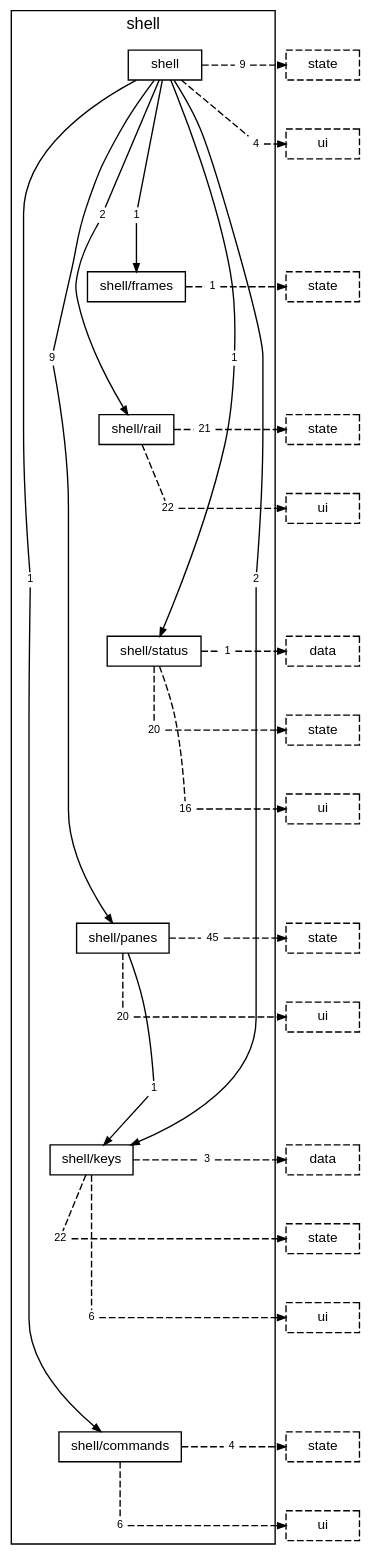
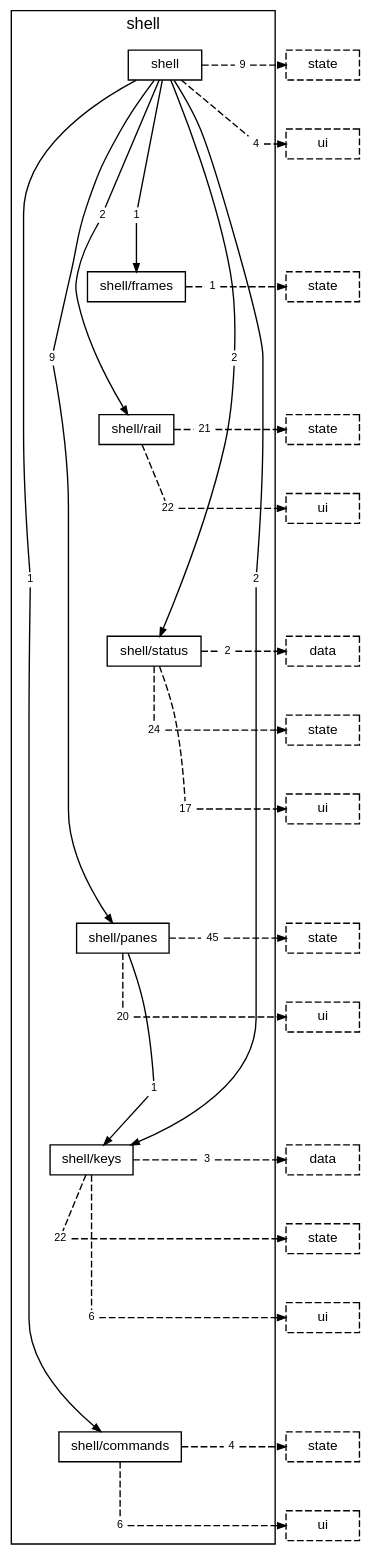
One commit to TheAxeC/oculus changed the diagram in docs/diagrams/layer-shell.dot. Above: the diagram before and after it, drawn with Graphviz. The commit also changed 202 other files, not shown here.

```diff
--- a/docs/diagrams/layer-shell.dot
+++ b/docs/diagrams/layer-shell.dot
@@ -1,117 +1,117 @@
 digraph layer_shell {
     graph [bgcolor="transparent", rankdir=TB, newrank=true, mclimit=4, fontname="Helvetica,Arial,sans-serif", fontsize=12, nodesep=0.2, ranksep=0.5];
     node [shape=box, color="black", fontcolor="black", fontname="Helvetica,Arial,sans-serif", fontsize=10, height=0.3, margin="0.12,0.04"];
     edge [color="black", fontcolor="black", fontname="Helvetica,Arial,sans-serif", fontsize=8, arrowsize=0.6];
     subgraph "cluster_shell" {
         label="shell"; style=solid;
         "folder shell" [label="shell"];
         "folder shell/frames" [label="shell/frames"];
         "folder shell/rail" [label="shell/rail"];
         "folder shell/status" [label="shell/status"];
         "folder shell/panes" [label="shell/panes"];
         "folder shell/keys" [label="shell/keys"];
         "folder shell/commands" [label="shell/commands"];
         "folder shell to folder shell/commands" [label="1", shape=box, color="transparent", fontsize=8, width=0, height=0, margin="0.04,0.02"];
         "folder shell to folder shell/frames" [label="1", shape=box, color="transparent", fontsize=8, width=0, height=0, margin="0.04,0.02"];
         "folder shell to folder shell/keys" [label="2", shape=box, color="transparent", fontsize=8, width=0, height=0, margin="0.04,0.02"];
         "folder shell to folder shell/panes" [label="9", shape=box, color="transparent", fontsize=8, width=0, height=0, margin="0.04,0.02"];
         "folder shell to folder shell/rail" [label="2", shape=box, color="transparent", fontsize=8, width=0, height=0, margin="0.04,0.02"];
-        "folder shell to folder shell/status" [label="1", shape=box, color="transparent", fontsize=8, width=0, height=0, margin="0.04,0.02"];
+        "folder shell to folder shell/status" [label="2", shape=box, color="transparent", fontsize=8, width=0, height=0, margin="0.04,0.02"];
         "folder shell to layer state" [label="9", shape=box, color="transparent", fontsize=8, width=0, height=0, margin="0.04,0.02"];
         "folder shell to layer ui" [label="4", shape=box, color="transparent", fontsize=8, width=0, height=0, margin="0.04,0.02"];
         "folder shell/frames to layer state" [label="1", shape=box, color="transparent", fontsize=8, width=0, height=0, margin="0.04,0.02"];
         "folder shell/rail to layer state" [label="21", shape=box, color="transparent", fontsize=8, width=0, height=0, margin="0.04,0.02"];
         "folder shell/rail to layer ui" [label="22", shape=box, color="transparent", fontsize=8, width=0, height=0, margin="0.04,0.02"];
-        "folder shell/status to layer data" [label="1", shape=box, color="transparent", fontsize=8, width=0, height=0, margin="0.04,0.02"];
-        "folder shell/status to layer state" [label="20", shape=box, color="transparent", fontsize=8, width=0, height=0, margin="0.04,0.02"];
-        "folder shell/status to layer ui" [label="16", shape=box, color="transparent", fontsize=8, width=0, height=0, margin="0.04,0.02"];
+        "folder shell/status to layer data" [label="2", shape=box, color="transparent", fontsize=8, width=0, height=0, margin="0.04,0.02"];
+        "folder shell/status to layer state" [label="24", shape=box, color="transparent", fontsize=8, width=0, height=0, margin="0.04,0.02"];
+        "folder shell/status to layer ui" [label="17", shape=box, color="transparent", fontsize=8, width=0, height=0, margin="0.04,0.02"];
         "folder shell/panes to folder shell/keys" [label="1", shape=box, color="transparent", fontsize=8, width=0, height=0, margin="0.04,0.02"];
         "folder shell/panes to layer state" [label="45", shape=box, color="transparent", fontsize=8, width=0, height=0, margin="0.04,0.02"];
         "folder shell/panes to layer ui" [label="20", shape=box, color="transparent", fontsize=8, width=0, height=0, margin="0.04,0.02"];
         "folder shell/keys to layer data" [label="3", shape=box, color="transparent", fontsize=8, width=0, height=0, margin="0.04,0.02"];
         "folder shell/keys to layer state" [label="22", shape=box, color="transparent", fontsize=8, width=0, height=0, margin="0.04,0.02"];
         "folder shell/keys to layer ui" [label="6", shape=box, color="transparent", fontsize=8, width=0, height=0, margin="0.04,0.02"];
         "folder shell/commands to layer state" [label="4", shape=box, color="transparent", fontsize=8, width=0, height=0, margin="0.04,0.02"];
         "folder shell/commands to layer ui" [label="6", shape=box, color="transparent", fontsize=8, width=0, height=0, margin="0.04,0.02"];
     }
     "layer state from folder shell" [label="state", style=dashed];
     "layer ui from folder shell" [label="ui", style=dashed];
     "layer state from folder shell/frames" [label="state", style=dashed];
     "layer state from folder shell/rail" [label="state", style=dashed];
     "layer ui from folder shell/rail" [label="ui", style=dashed];
     "layer data from folder shell/status" [label="data", style=dashed];
     "layer state from folder shell/status" [label="state", style=dashed];
     "layer ui from folder shell/status" [label="ui", style=dashed];
     "layer state from folder shell/panes" [label="state", style=dashed];
     "layer ui from folder shell/panes" [label="ui", style=dashed];
     "layer data from folder shell/keys" [label="data", style=dashed];
     "layer state from folder shell/keys" [label="state", style=dashed];
     "layer ui from folder shell/keys" [label="ui", style=dashed];
     "layer state from folder shell/commands" [label="state", style=dashed];
     "layer ui from folder shell/commands" [label="ui", style=dashed];
     "folder shell" -> "folder shell/frames" [style=invis, weight=10, minlen=3];
     "folder shell/frames" -> "folder shell/rail" [style=invis, weight=10, minlen=2];
     "folder shell/rail" -> "folder shell/status" [style=invis, weight=10, minlen=3];
     "folder shell/status" -> "folder shell/panes" [style=invis, weight=10, minlen=4];
     "folder shell/panes" -> "folder shell/keys" [style=invis, weight=10, minlen=3];
     "folder shell/keys" -> "folder shell/commands" [style=invis, weight=10, minlen=4];
     "folder shell" -> "folder shell to folder shell/commands" [arrowhead=none, minlen=7, weight=10];
     "folder shell to folder shell/commands" -> "folder shell/commands" [];
     "folder shell" -> "folder shell to folder shell/frames" [arrowhead=none, minlen=2, weight=10];
     "folder shell to folder shell/frames" -> "folder shell/frames" [];
     "folder shell" -> "folder shell to folder shell/keys" [arrowhead=none, minlen=7, weight=10];
     "folder shell to folder shell/keys" -> "folder shell/keys" [];
     "folder shell" -> "folder shell to folder shell/panes" [arrowhead=none, minlen=4, weight=10];
     "folder shell to folder shell/panes" -> "folder shell/panes" [];
     "folder shell" -> "folder shell to folder shell/rail" [arrowhead=none, minlen=2, weight=10];
     "folder shell to folder shell/rail" -> "folder shell/rail" [];
     "folder shell" -> "folder shell to folder shell/status" [arrowhead=none, minlen=4, weight=10];
     "folder shell to folder shell/status" -> "folder shell/status" [];
     "folder shell" -> "folder shell to layer state" [arrowhead=none, style=dashed];
     "folder shell to layer state" -> "layer state from folder shell" [style=dashed];
     { rank=same; "folder shell"; "folder shell to layer state"; "layer state from folder shell"; }
     "folder shell" -> "folder shell to layer ui" [arrowhead=none, style=dashed, minlen=1, weight=10];
     "folder shell to layer ui" -> "layer ui from folder shell" [style=dashed];
     { rank=same; "folder shell to layer ui"; "layer ui from folder shell"; }
     "folder shell/frames" -> "folder shell/frames to layer state" [arrowhead=none, style=dashed];
     "folder shell/frames to layer state" -> "layer state from folder shell/frames" [style=dashed];
     { rank=same; "folder shell/frames"; "folder shell/frames to layer state"; "layer state from folder shell/frames"; }
     "folder shell/rail" -> "folder shell/rail to layer state" [arrowhead=none, style=dashed];
     "folder shell/rail to layer state" -> "layer state from folder shell/rail" [style=dashed];
     { rank=same; "folder shell/rail"; "folder shell/rail to layer state"; "layer state from folder shell/rail"; }
     "folder shell/rail" -> "folder shell/rail to layer ui" [arrowhead=none, style=dashed, minlen=1, weight=10];
     "folder shell/rail to layer ui" -> "layer ui from folder shell/rail" [style=dashed];
     { rank=same; "folder shell/rail to layer ui"; "layer ui from folder shell/rail"; }
     "folder shell/status" -> "folder shell/status to layer data" [arrowhead=none, style=dashed];
     "folder shell/status to layer data" -> "layer data from folder shell/status" [style=dashed];
     { rank=same; "folder shell/status"; "folder shell/status to layer data"; "layer data from folder shell/status"; }
     "folder shell/status" -> "folder shell/status to layer state" [arrowhead=none, style=dashed, minlen=1, weight=10];
     "folder shell/status to layer state" -> "layer state from folder shell/status" [style=dashed];
     { rank=same; "folder shell/status to layer state"; "layer state from folder shell/status"; }
     "folder shell/status" -> "folder shell/status to layer ui" [arrowhead=none, style=dashed, minlen=2, weight=10];
     "folder shell/status to layer ui" -> "layer ui from folder shell/status" [style=dashed];
     { rank=same; "folder shell/status to layer ui"; "layer ui from folder shell/status"; }
     "folder shell/panes" -> "folder shell/panes to folder shell/keys" [arrowhead=none, minlen=2, weight=10];
     "folder shell/panes to folder shell/keys" -> "folder shell/keys" [];
     "folder shell/panes" -> "folder shell/panes to layer state" [arrowhead=none, style=dashed];
     "folder shell/panes to layer state" -> "layer state from folder shell/panes" [style=dashed];
     { rank=same; "folder shell/panes"; "folder shell/panes to layer state"; "layer state from folder shell/panes"; }
     "folder shell/panes" -> "folder shell/panes to layer ui" [arrowhead=none, style=dashed, minlen=1, weight=10];
     "folder shell/panes to layer ui" -> "layer ui from folder shell/panes" [style=dashed];
     { rank=same; "folder shell/panes to layer ui"; "layer ui from folder shell/panes"; }
     "folder shell/keys" -> "folder shell/keys to layer data" [arrowhead=none, style=dashed];
     "folder shell/keys to layer data" -> "layer data from folder shell/keys" [style=dashed];
     { rank=same; "folder shell/keys"; "folder shell/keys to layer data"; "layer data from folder shell/keys"; }
     "folder shell/keys" -> "folder shell/keys to layer state" [arrowhead=none, style=dashed, minlen=1, weight=10];
     "folder shell/keys to layer state" -> "layer state from folder shell/keys" [style=dashed];
     { rank=same; "folder shell/keys to layer state"; "layer state from folder shell/keys"; }
     "folder shell/keys" -> "folder shell/keys to layer ui" [arrowhead=none, style=dashed, minlen=2, weight=10];
     "folder shell/keys to layer ui" -> "layer ui from folder shell/keys" [style=dashed];
     { rank=same; "folder shell/keys to layer ui"; "layer ui from folder shell/keys"; }
     "folder shell/commands" -> "folder shell/commands to layer state" [arrowhead=none, style=dashed];
     "folder shell/commands to layer state" -> "layer state from folder shell/commands" [style=dashed];
     { rank=same; "folder shell/commands"; "folder shell/commands to layer state"; "layer state from folder shell/commands"; }
     "folder shell/commands" -> "folder shell/commands to layer ui" [arrowhead=none, style=dashed, minlen=1, weight=10];
     "folder shell/commands to layer ui" -> "layer ui from folder shell/commands" [style=dashed];
     { rank=same; "folder shell/commands to layer ui"; "layer ui from folder shell/commands"; }
 }
```
